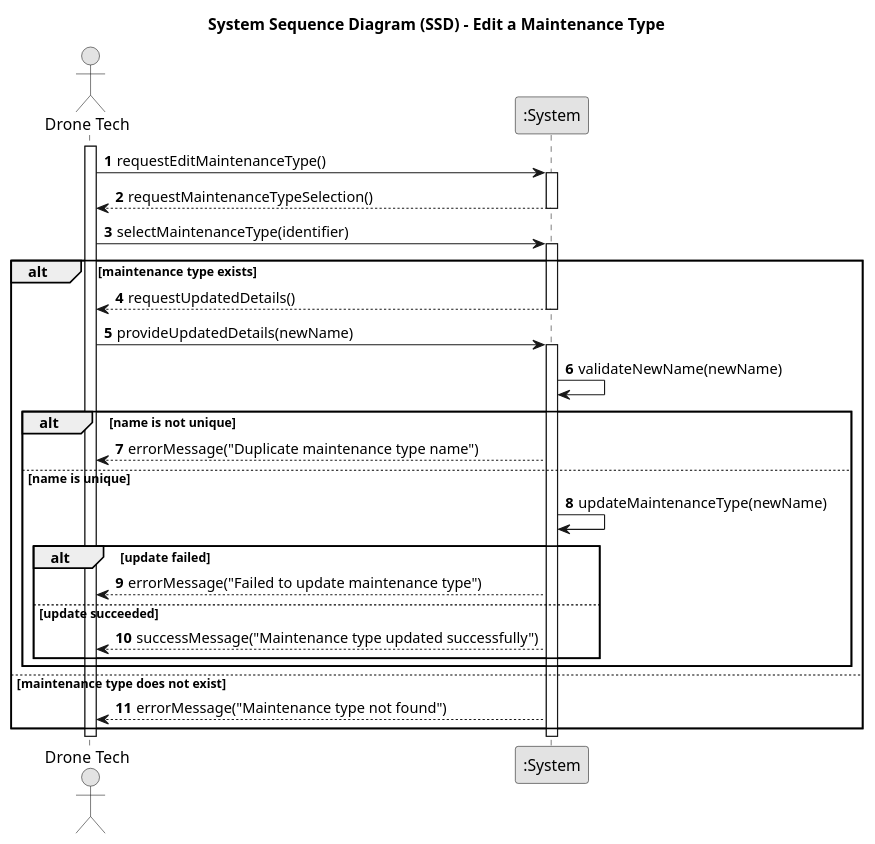
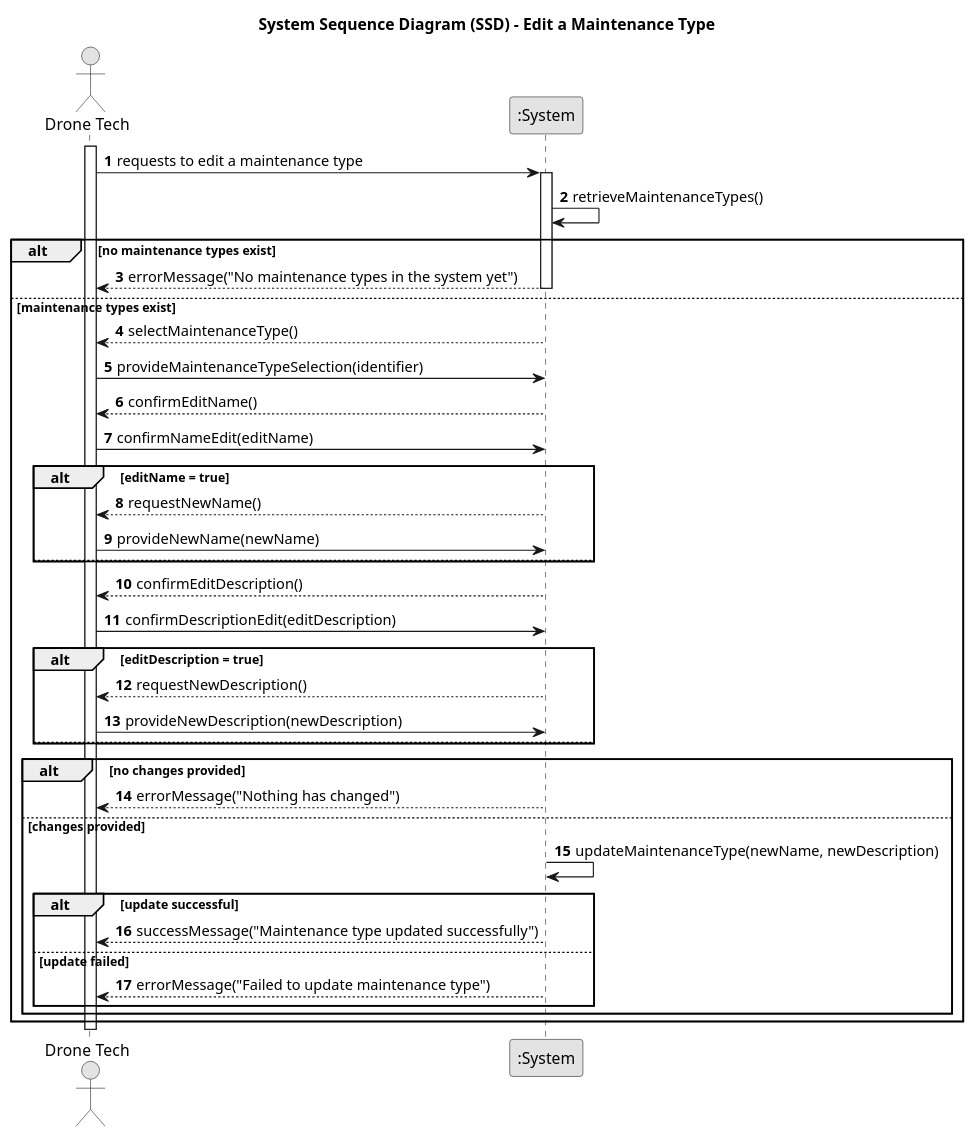
Before and after one commit to SAEmanuel/Shodrone_ISEP: the diagram in docs/planning/sprint3/EAPLI/US323 - Edit a maintenance type/01.requirements-engineering/puml/us323-system-sequence-diagram.puml, drawn with PlantUML. The commit also changed 1 other file, not shown here.

```diff
--- a/docs/planning/sprint3/EAPLI/US323 - Edit a maintenance type/01.requirements-engineering/puml/us323-system-sequence-diagram.puml
+++ b/docs/planning/sprint3/EAPLI/US323 - Edit a maintenance type/01.requirements-engineering/puml/us323-system-sequence-diagram.puml
@@ -1,45 +1,55 @@
 @startuml
 skinparam monochrome true
 skinparam packageStyle rectangle
 skinparam shadowing false
 
 title System Sequence Diagram (SSD) - Edit a Maintenance Type
 
 autonumber
 
 actor "Drone Tech" as DT
 participant ":System" as System
 
 activate DT
 
-DT -> System: requestEditMaintenanceType()
+DT -> System: requests to edit a maintenance type
 activate System
-System --> DT: requestMaintenanceTypeSelection()
-deactivate System
-
-DT -> System: selectMaintenanceType(identifier)
-activate System
-alt maintenance type exists
-    System --> DT: requestUpdatedDetails()
+System -> System: retrieveMaintenanceTypes()
+alt no maintenance types exist
+    System --> DT: errorMessage("No maintenance types in the system yet")
     deactivate System
-    DT -> System: provideUpdatedDetails(newName)
-    activate System
-    System -> System: validateNewName(newName)
-    alt name is not unique
-        System --> DT: errorMessage("Duplicate maintenance type name")
-    else name is unique
-        System -> System: updateMaintenanceType(newName)
-        alt update failed
+else maintenance types exist
+    System --> DT: selectMaintenanceType()
+    DT -> System: provideMaintenanceTypeSelection(identifier)
+    System --> DT: confirmEditName()
+    DT -> System: confirmNameEdit(editName)
+    alt editName = true
+        System --> DT: requestNewName()
+        DT -> System: provideNewName(newName)
+    else
+        note right: skips name edit
+    end
+    System --> DT: confirmEditDescription()
+    DT -> System: confirmDescriptionEdit(editDescription)
+    alt editDescription = true
+        System --> DT: requestNewDescription()
+        DT -> System: provideNewDescription(newDescription)
+    else
+        note right: skips description edit
+    end
+    alt no changes provided
+        System --> DT: errorMessage("Nothing has changed")
+    else changes provided
+        System -> System: updateMaintenanceType(newName, newDescription)
+        alt update successful
+            System --> DT: successMessage("Maintenance type updated successfully")
+        else update failed
             System --> DT: errorMessage("Failed to update maintenance type")
-        else update succeeded
-            System --> DT: successMessage("Maintenance type updated successfully")
         end
     end
-else maintenance type does not exist
-    System --> DT: errorMessage("Maintenance type not found")
+    deactivate System
 end
-deactivate System
 
 deactivate DT
 
 @enduml
```
